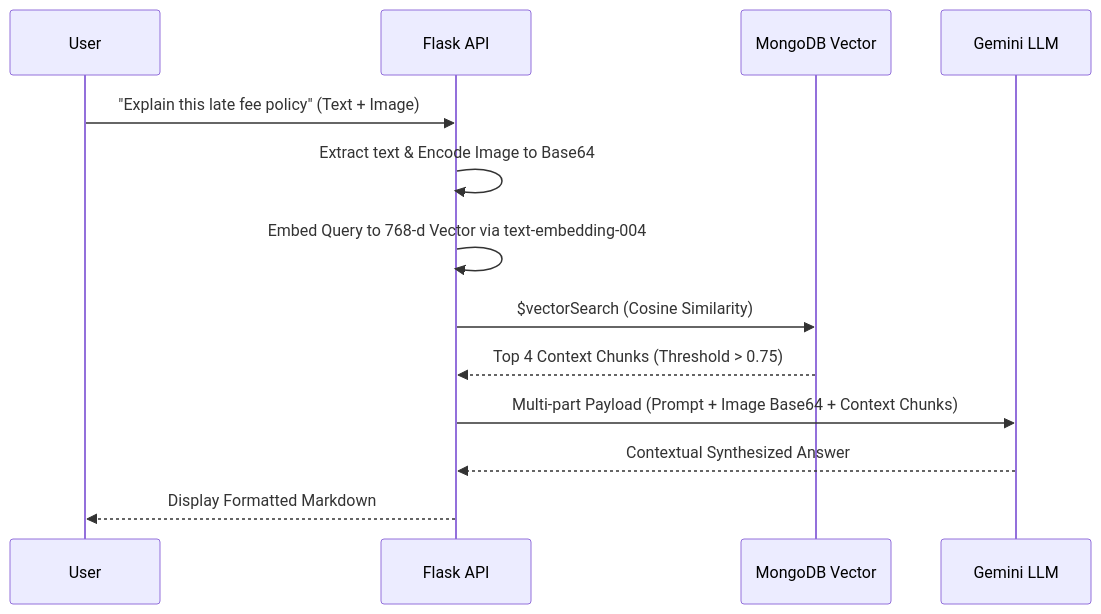
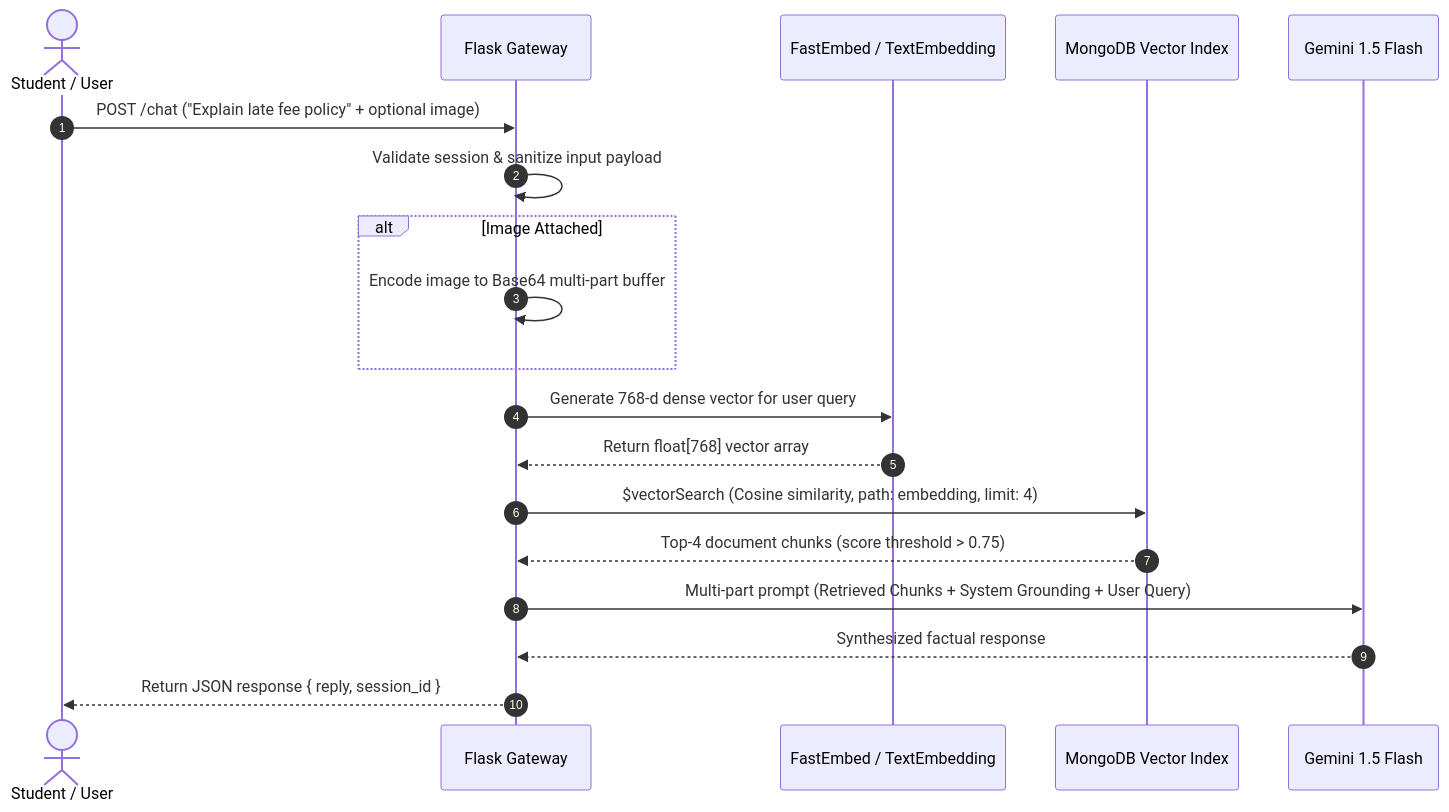
Before and after one commit to sandeep-kumar-270904/ANITS-Campus-AI-Assistant: the second of 3 diagrams in README.md, drawn with Mermaid. The commit also changed other lines of this file, not shown here.

Commit message:
docs: Retain high-value architecture, deployment commands, ML pipeline, and security in clean GitHub README standard

````diff
--- a/README.md
+++ b/README.md
@@ -40,16 +86,22 @@
 ```mermaid
 sequenceDiagram
-    participant User
-    participant Flask API
-    participant MongoDB Vector
-    participant Gemini LLM
-    
-    User->>Flask API: "Explain this late fee policy" (Text + Image)
-    Flask API->>Flask API: Extract text & Encode Image to Base64
-    Flask API->>Flask API: Embed Query to 768-d Vector via text-embedding-004
-    Flask API->>MongoDB Vector: $vectorSearch (Cosine Similarity)
-    MongoDB Vector-->>Flask API: Top 4 Context Chunks (Threshold > 0.75)
-    Flask API->>Gemini LLM: Multi-part Payload (Prompt + Image Base64 + Context Chunks)
-    Gemini LLM-->>Flask API: Contextual Synthesized Answer
-    Flask API-->>User: Display Formatted Markdown
+    autonumber
+    actor Student as Student / User
+    participant Gateway as Flask Gateway
+    participant Embedder as FastEmbed / TextEmbedding
+    participant VectorDB as MongoDB Vector Index
+    participant LLM as Gemini 1.5 Flash
+
+    Student->>Gateway: POST /chat ("Explain late fee policy" + optional image)
+    Gateway->>Gateway: Validate session & sanitize input payload
+    alt Image Attached
+        Gateway->>Gateway: Encode image to Base64 multi-part buffer
+    end
+    Gateway->>Embedder: Generate 768-d dense vector for user query
+    Embedder-->>Gateway: Return float[768] vector array
+    Gateway->>VectorDB: $vectorSearch (Cosine similarity, path: embedding, limit: 4)
+    VectorDB-->>Gateway: Top-4 document chunks (score threshold > 0.75)
+    Gateway->>LLM: Multi-part prompt (Retrieved Chunks + System Grounding + User Query)
+    LLM-->>Gateway: Synthesized factual response
+    Gateway-->>Student: Return JSON response { reply, session_id }
 ```
````
